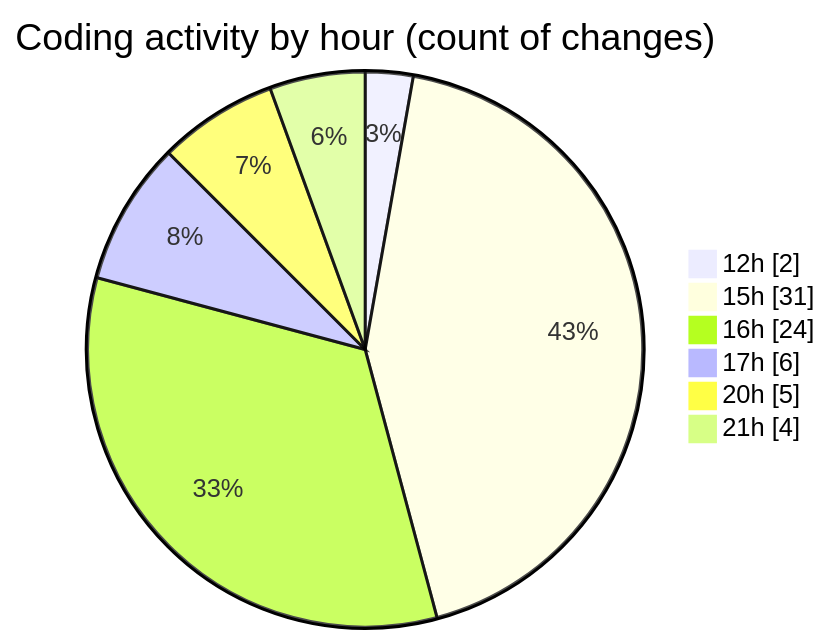
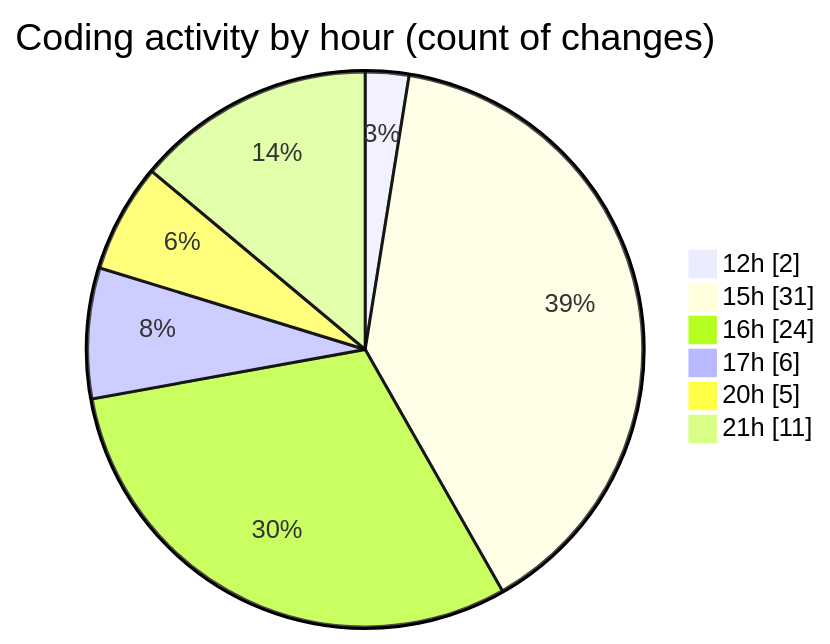
One commit to momahboobian/code-tracking changed the second of 2 diagrams in 2025-02-26/cda/README.md. Above: the diagram before and after it, drawn with Mermaid. The commit also changed other lines of this file and 1 other file, not shown here.

````diff
--- a/2025-02-26/cda/README.md
+++ b/2025-02-26/cda/README.md
@@ -44,10 +44,10 @@
 ```mermaid
 pie showData
 title Coding activity by hour (count of changes)
 "12h" : 2
 "15h" : 31
 "16h" : 24
 "17h" : 6
 "20h" : 5
-"21h" : 4
+"21h" : 11
 ```
````
